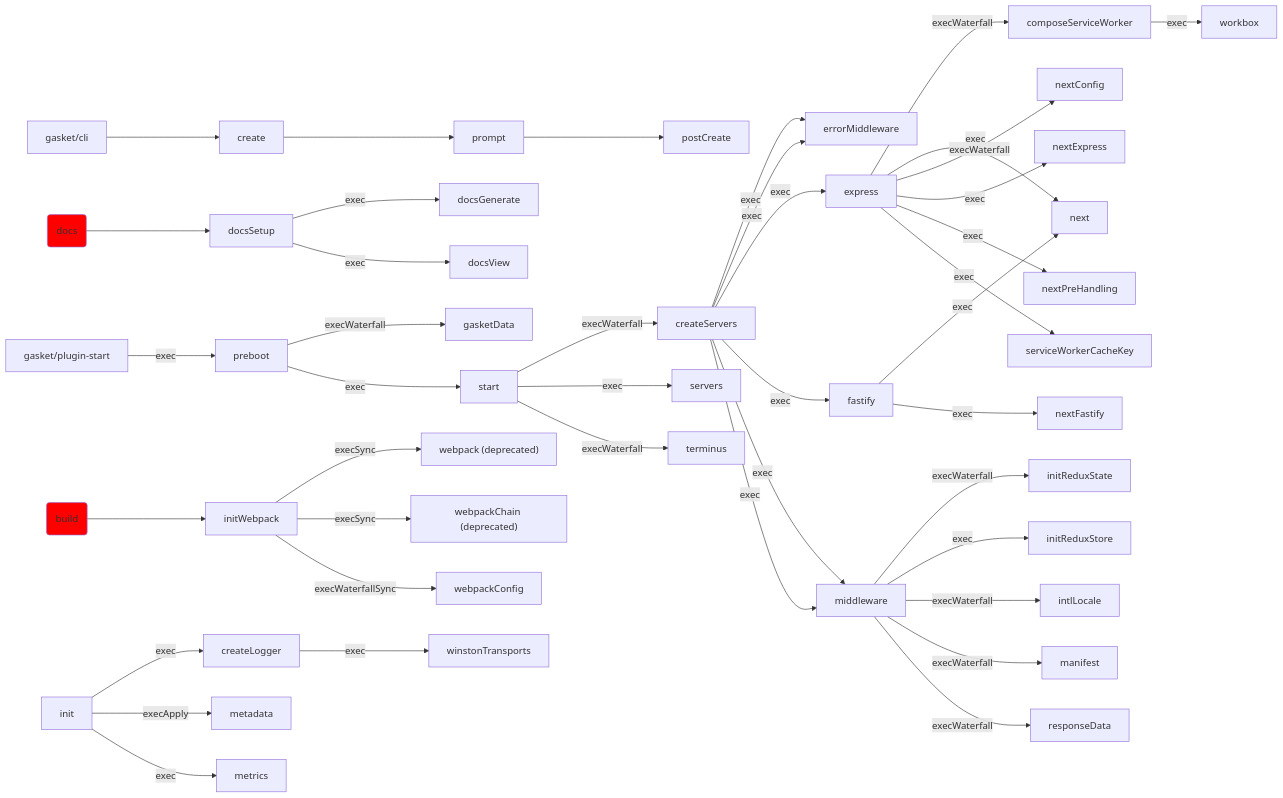
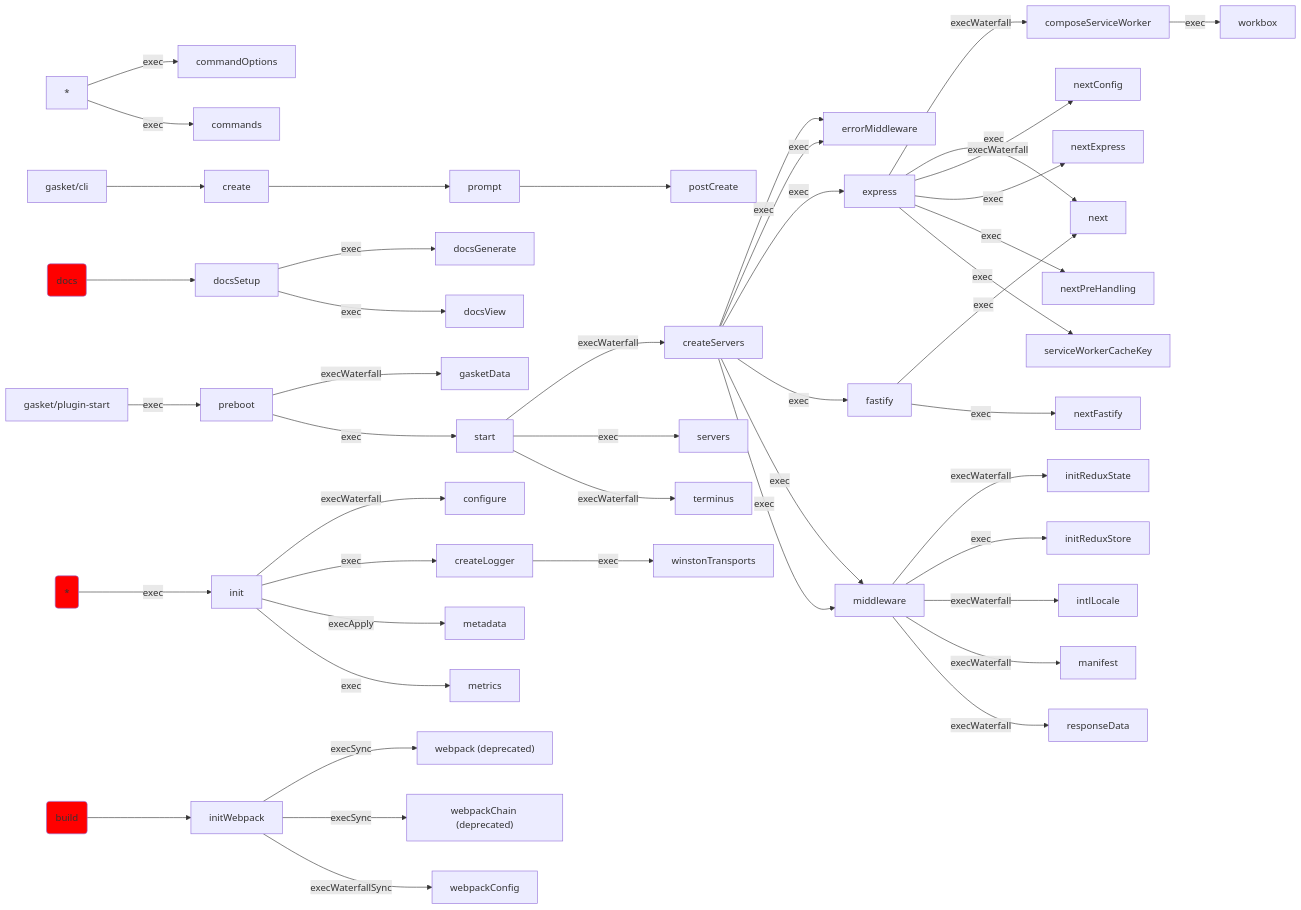
One commit to godaddy/gasket changed the diagram in docs/generated-docs/lifecycle-graphs.md. Above: the diagram before and after it, drawn with Mermaid. The commit also changed 1 other file, not shown here.

Commit message:
regen docs

````diff
--- a/docs/generated-docs/lifecycle-graphs.md
+++ b/docs/generated-docs/lifecycle-graphs.md
@@ -1,45 +1,50 @@
 ```mermaid
 graph LR;
+* -- exec --> commandOptions;
+* -- exec --> commands;
 express -- execWaterfall --> composeServiceWorker;
+init -- execWaterfall --> configure;
 gasket/cli --> create;
 init -- exec --> createLogger;
 start -- execWaterfall --> createServers;
 docsSetup -- exec --> docsGenerate;
 docs-cmd(docs) --> docsSetup;
 docsSetup -- exec --> docsView;
 createServers -- exec --> errorMiddleware;
 createServers -- exec --> errorMiddleware;
 createServers -- exec --> express;
 createServers -- exec --> fastify;
 preboot -- execWaterfall --> gasketData;
+*-cmd(*) -- exec --> init;
 middleware -- execWaterfall --> initReduxState;
 middleware -- exec --> initReduxStore;
 build-cmd(build) --> initWebpack;
 middleware -- execWaterfall --> intlLocale;
 middleware -- execWaterfall --> manifest;
 init -- execApply --> metadata;
 init -- exec --> metrics;
 createServers -- exec --> middleware;
 createServers -- exec --> middleware;
 express -- exec --> next;
 fastify -- exec --> next;
 express -- execWaterfall --> nextConfig;
 express -- exec --> nextExpress;
 fastify -- exec --> nextFastify;
 express -- exec --> nextPreHandling;
 prompt --> postCreate;
 gasket/plugin-start -- exec --> preboot;
 create --> prompt;
 middleware -- execWaterfall --> responseData;
 start -- exec --> servers;
 express -- exec --> serviceWorkerCacheKey;
 preboot -- exec --> start;
 start -- execWaterfall --> terminus;
 initWebpack -- execSync --> webpack["webpack (deprecated)"];
 initWebpack -- execSync --> webpackChain["webpackChain (deprecated)"];
 initWebpack -- execWaterfallSync --> webpackConfig;
 createLogger -- exec --> winstonTransports;
 composeServiceWorker -- exec --> workbox;
 style docs-cmd fill: red;
+style *-cmd fill: red;
 style build-cmd fill: red;
 ```
````
